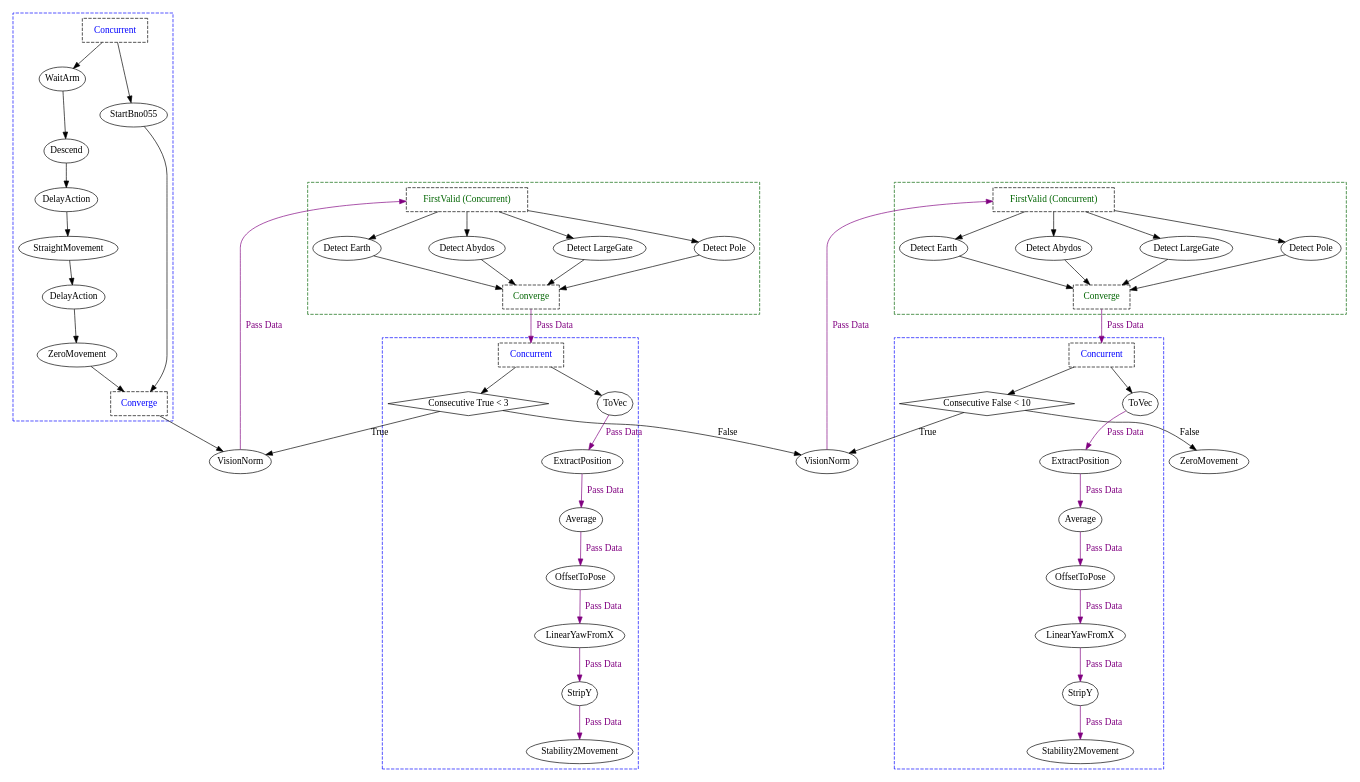
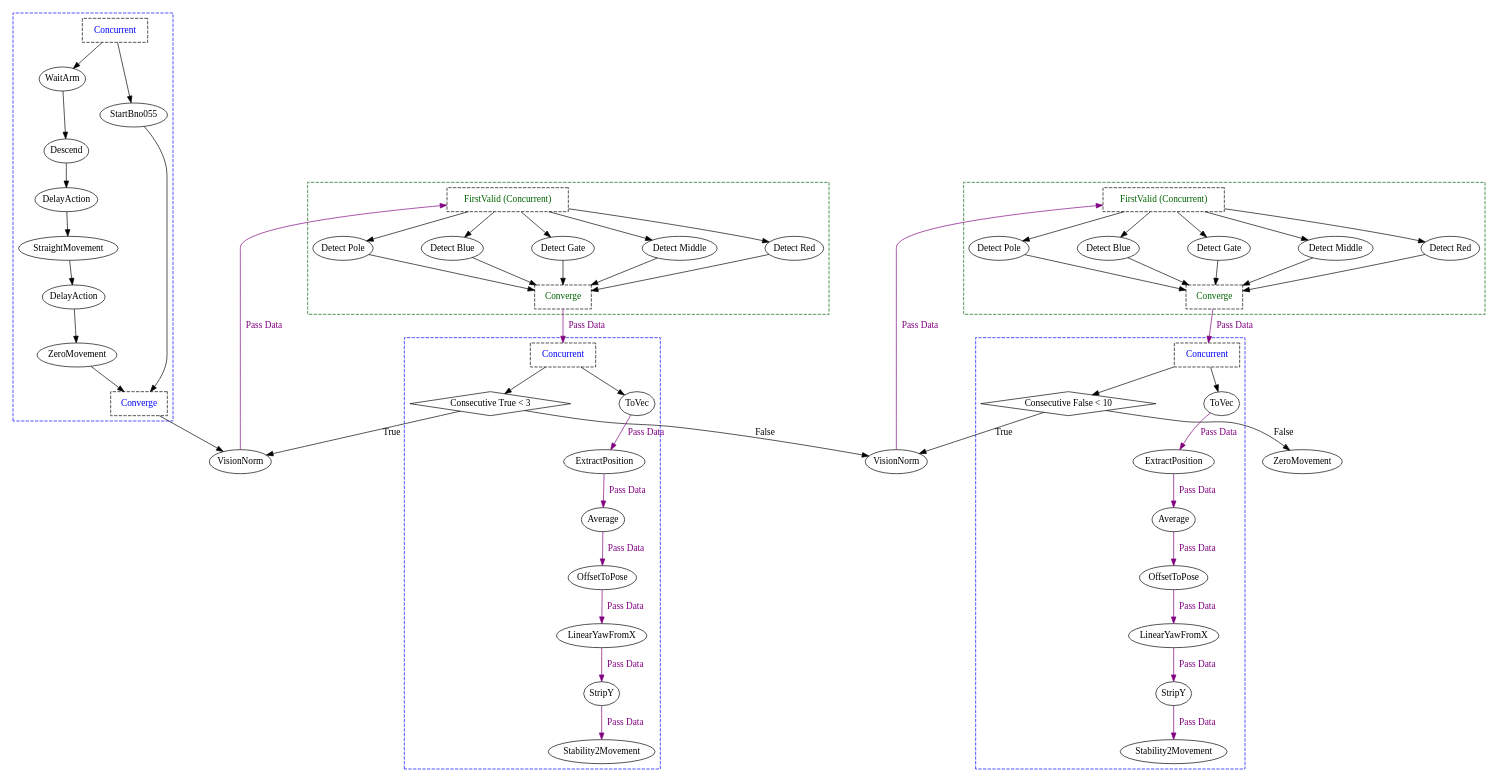
The diagram in graphs/pool_test_6_1/gate/gate_run_complex.dot (ncsurobotics/SW8S-Rust), drawn with Graphviz before and after one commit. The commit also changed 17 other files, not shown here.

```diff
--- a/graphs/pool_test_6_1/gate/gate_run_complex.dot
+++ b/graphs/pool_test_6_1/gate/gate_run_complex.dot
@@ -2,123 +2,129 @@
 	splines = true;
 	nodesep = 1.0;
 	bgcolor = "none"
-	"ecb20877-fea1-41f1-b255-a0206f104c2d" [shape = diamond];
-	"02219778-84af-43d4-b0c5-51cec7d895fd" [shape = diamond];
-	subgraph "cluster_6c734bff-30b6-4808-8f8c-3f217fba8149" {
+	"00e0309e-a14b-450b-871e-dbe6095c2f28" [shape = diamond];
+	"56c733e7-d330-4d47-bb02-bedcfd84aef6" [shape = diamond];
+	subgraph "cluster_de460e0a-6d32-490e-af50-6c1dcdf422da" {
 		style = dashed;
 		color = blue;
-		"83be3c9c-249c-4389-a13c-246af2fc2600" -> "dd8a4c55-001b-4c89-86b6-a773e4f977a5" ;
-		"3d66ab78-c882-49fd-995b-58d6d6faa499" -> "e2521b02-840d-4d39-9c46-11e429060bd4" ;
-		"e2521b02-840d-4d39-9c46-11e429060bd4" -> "c407dc74-9074-4eaa-a35a-6eb9f0ac0aea" ;
-		"dd8a4c55-001b-4c89-86b6-a773e4f977a5" -> "3d66ab78-c882-49fd-995b-58d6d6faa499" ;
-		"922f938b-f59f-4f8d-9aed-ca336b3cf550" -> "83be3c9c-249c-4389-a13c-246af2fc2600" ;
-		"558f9694-08f7-4621-81fa-a24fa799d362" -> "922f938b-f59f-4f8d-9aed-ca336b3cf550";
-		"558f9694-08f7-4621-81fa-a24fa799d362" -> "a003f160-cc3f-49ab-b7f2-f6fc89179e30";
-		"c407dc74-9074-4eaa-a35a-6eb9f0ac0aea" -> "9d679378-e828-454c-870c-ae0b50177973";
-		"a003f160-cc3f-49ab-b7f2-f6fc89179e30" -> "9d679378-e828-454c-870c-ae0b50177973";
-		"558f9694-08f7-4621-81fa-a24fa799d362" [label = "Concurrent", shape = box, fontcolor = blue, style = dashed];
-		"922f938b-f59f-4f8d-9aed-ca336b3cf550" [label = "WaitArm", margin = 0];
-		"83be3c9c-249c-4389-a13c-246af2fc2600" [label = "Descend", margin = 0];
-		"dd8a4c55-001b-4c89-86b6-a773e4f977a5" [label = "DelayAction", margin = 0];
-		"3d66ab78-c882-49fd-995b-58d6d6faa499" [label = "StraightMovement", margin = 0];
-		"e2521b02-840d-4d39-9c46-11e429060bd4" [label = "DelayAction", margin = 0];
-		"c407dc74-9074-4eaa-a35a-6eb9f0ac0aea" [label = "ZeroMovement", margin = 0];
-		"a003f160-cc3f-49ab-b7f2-f6fc89179e30" [label = "StartBno055", margin = 0];
-		"9d679378-e828-454c-870c-ae0b50177973" [label = "Converge", shape = box, fontcolor = blue, style = dashed];
+		"2d3f3ca4-e06c-47f9-88ef-c9c554de8bb1" -> "298ef316-343c-4927-a588-005d440e3b98" ;
+		"6a3176bb-3a2c-4da9-941c-f0e8218c7b66" -> "7127c915-4d00-4a49-9bc5-58e1e169703f" ;
+		"7127c915-4d00-4a49-9bc5-58e1e169703f" -> "fa543053-a6d2-44cd-b4ca-7969914c713e" ;
+		"298ef316-343c-4927-a588-005d440e3b98" -> "6a3176bb-3a2c-4da9-941c-f0e8218c7b66" ;
+		"8c85bb02-7025-435b-a1ba-928ba3c9add1" -> "2d3f3ca4-e06c-47f9-88ef-c9c554de8bb1" ;
+		"afcf8800-2fa5-46d6-8a64-125ac42536bd" -> "8c85bb02-7025-435b-a1ba-928ba3c9add1";
+		"afcf8800-2fa5-46d6-8a64-125ac42536bd" -> "736a8c4b-068a-4265-978b-281fbc4d448c";
+		"fa543053-a6d2-44cd-b4ca-7969914c713e" -> "636cc9e5-3386-4d8b-93e0-71fa5e4d06d2";
+		"736a8c4b-068a-4265-978b-281fbc4d448c" -> "636cc9e5-3386-4d8b-93e0-71fa5e4d06d2";
+		"afcf8800-2fa5-46d6-8a64-125ac42536bd" [label = "Concurrent", shape = box, fontcolor = blue, style = dashed];
+		"8c85bb02-7025-435b-a1ba-928ba3c9add1" [label = "WaitArm", margin = 0];
+		"2d3f3ca4-e06c-47f9-88ef-c9c554de8bb1" [label = "Descend", margin = 0];
+		"298ef316-343c-4927-a588-005d440e3b98" [label = "DelayAction", margin = 0];
+		"6a3176bb-3a2c-4da9-941c-f0e8218c7b66" [label = "StraightMovement", margin = 0];
+		"7127c915-4d00-4a49-9bc5-58e1e169703f" [label = "DelayAction", margin = 0];
+		"fa543053-a6d2-44cd-b4ca-7969914c713e" [label = "ZeroMovement", margin = 0];
+		"736a8c4b-068a-4265-978b-281fbc4d448c" [label = "StartBno055", margin = 0];
+		"636cc9e5-3386-4d8b-93e0-71fa5e4d06d2" [label = "Converge", shape = box, fontcolor = blue, style = dashed];
 	}
 	
-	subgraph "cluster_76653de9-90b3-41dd-a6ad-9c5a4be588c7" {
+	subgraph "cluster_6e358a22-3cac-404e-b9fa-7e7b762116fc" {
 		style = dashed;
 		color = darkgreen;
-		"4b977219-c467-4e77-b15f-f44ffc8c702c" -> "1c2d617e-7dc5-4274-afad-36378ab09327";
-		"4b977219-c467-4e77-b15f-f44ffc8c702c" -> "53a876ab-312b-472b-b936-ecec7605fe15";
-		"4b977219-c467-4e77-b15f-f44ffc8c702c" -> "39055ae5-1b51-4d7e-8679-67aae66e28b8";
-		"4b977219-c467-4e77-b15f-f44ffc8c702c" -> "633e48f6-a14d-49f9-bc6a-3206b3bacddf";
-		"1c2d617e-7dc5-4274-afad-36378ab09327" -> "b2797bfe-f077-4a9e-ac11-3dbc5187a935";
-		"53a876ab-312b-472b-b936-ecec7605fe15" -> "b2797bfe-f077-4a9e-ac11-3dbc5187a935";
-		"39055ae5-1b51-4d7e-8679-67aae66e28b8" -> "b2797bfe-f077-4a9e-ac11-3dbc5187a935";
-		"633e48f6-a14d-49f9-bc6a-3206b3bacddf" -> "b2797bfe-f077-4a9e-ac11-3dbc5187a935";
-		"4b977219-c467-4e77-b15f-f44ffc8c702c" [label = "FirstValid (Concurrent)", shape = box, fontcolor = darkgreen, style = dashed];
-		"1c2d617e-7dc5-4274-afad-36378ab09327" [label = "Detect Earth", margin = 0];
-		"53a876ab-312b-472b-b936-ecec7605fe15" [label = "Detect Abydos", margin = 0];
-		"39055ae5-1b51-4d7e-8679-67aae66e28b8" [label = "Detect LargeGate", margin = 0];
-		"633e48f6-a14d-49f9-bc6a-3206b3bacddf" [label = "Detect Pole", margin = 0];
-		"b2797bfe-f077-4a9e-ac11-3dbc5187a935" [label = "Converge", shape = box, fontcolor = darkgreen, style = dashed];
+		"f212fbac-3f8f-4fb1-9e61-901a7e352779" -> "9a347466-ec34-4e3c-a66e-9290c2495110";
+		"f212fbac-3f8f-4fb1-9e61-901a7e352779" -> "7c2f1cb7-224b-40d0-a5db-5a7cfa2a6988";
+		"f212fbac-3f8f-4fb1-9e61-901a7e352779" -> "096f2905-fe1f-4af5-8ab5-8843db422be0";
+		"f212fbac-3f8f-4fb1-9e61-901a7e352779" -> "925b5b17-27b1-44ab-918e-a4dc0e2a4f06";
+		"f212fbac-3f8f-4fb1-9e61-901a7e352779" -> "aeb4a24a-f3a8-4b84-b168-178abc5dd9a1";
+		"9a347466-ec34-4e3c-a66e-9290c2495110" -> "2dc7ea99-a38a-4909-af25-c216dd3e9237";
+		"7c2f1cb7-224b-40d0-a5db-5a7cfa2a6988" -> "2dc7ea99-a38a-4909-af25-c216dd3e9237";
+		"096f2905-fe1f-4af5-8ab5-8843db422be0" -> "2dc7ea99-a38a-4909-af25-c216dd3e9237";
+		"925b5b17-27b1-44ab-918e-a4dc0e2a4f06" -> "2dc7ea99-a38a-4909-af25-c216dd3e9237";
+		"aeb4a24a-f3a8-4b84-b168-178abc5dd9a1" -> "2dc7ea99-a38a-4909-af25-c216dd3e9237";
+		"f212fbac-3f8f-4fb1-9e61-901a7e352779" [label = "FirstValid (Concurrent)", shape = box, fontcolor = darkgreen, style = dashed];
+		"9a347466-ec34-4e3c-a66e-9290c2495110" [label = "Detect Red", margin = 0];
+		"7c2f1cb7-224b-40d0-a5db-5a7cfa2a6988" [label = "Detect Pole", margin = 0];
+		"096f2905-fe1f-4af5-8ab5-8843db422be0" [label = "Detect Blue", margin = 0];
+		"925b5b17-27b1-44ab-918e-a4dc0e2a4f06" [label = "Detect Gate", margin = 0];
+		"aeb4a24a-f3a8-4b84-b168-178abc5dd9a1" [label = "Detect Middle", margin = 0];
+		"2dc7ea99-a38a-4909-af25-c216dd3e9237" [label = "Converge", shape = box, fontcolor = darkgreen, style = dashed];
 	}
 	
-	subgraph "cluster_34006587-7786-40aa-b3f0-daee909f3e02" {
+	subgraph "cluster_9753cf58-4d68-4ddf-8128-9b51dd1bf7c1" {
 		style = dashed;
 		color = blue;
-		"1552b646-04b0-4c65-beb5-98cadeea7b3f" -> "fe13f6bb-2500-4012-8163-216f53023d9b" [color = purple, fontcolor = purple, label = "Pass Data"];
-		"3088f5ea-188e-4d83-a8af-481bffc2014f" -> "1552b646-04b0-4c65-beb5-98cadeea7b3f" [color = purple, fontcolor = purple, label = "Pass Data"];
-		"ac03ce06-0800-4da4-b917-a34405018013" -> "3088f5ea-188e-4d83-a8af-481bffc2014f" [color = purple, fontcolor = purple, label = "Pass Data"];
-		"9c84cf28-822c-4ac3-9ec1-4d476081e770" -> "ac03ce06-0800-4da4-b917-a34405018013" [color = purple, fontcolor = purple, label = "Pass Data"];
-		"e76b338b-abef-4985-9710-b76a7da512d0" -> "9c84cf28-822c-4ac3-9ec1-4d476081e770" [color = purple, fontcolor = purple, label = "Pass Data"];
-		"f734aae5-371e-4f9b-a237-5ce93f25c364" -> "e76b338b-abef-4985-9710-b76a7da512d0" [color = purple, fontcolor = purple, label = "Pass Data"];
-		"19800b8c-147c-4644-99a2-2913d0cf857a" -> "f734aae5-371e-4f9b-a237-5ce93f25c364";
-		"19800b8c-147c-4644-99a2-2913d0cf857a" -> "ecb20877-fea1-41f1-b255-a0206f104c2d";
-		"19800b8c-147c-4644-99a2-2913d0cf857a" [label = "Concurrent", shape = box, fontcolor = blue, style = dashed];
-		"f734aae5-371e-4f9b-a237-5ce93f25c364" [label = "ToVec", margin = 0];
-		"e76b338b-abef-4985-9710-b76a7da512d0" [label = "ExtractPosition", margin = 0];
-		"9c84cf28-822c-4ac3-9ec1-4d476081e770" [label = "Average", margin = 0];
-		"ac03ce06-0800-4da4-b917-a34405018013" [label = "OffsetToPose", margin = 0];
-		"3088f5ea-188e-4d83-a8af-481bffc2014f" [label = "LinearYawFromX", margin = 0];
-		"1552b646-04b0-4c65-beb5-98cadeea7b3f" [label = "StripY", margin = 0];
-		"fe13f6bb-2500-4012-8163-216f53023d9b" [label = "Stability2Movement", margin = 0];
-		"ecb20877-fea1-41f1-b255-a0206f104c2d" [label = "Consecutive True < 3", margin = 0];
+		"8177d390-ca49-4be1-9555-bd803498fd2b" -> "57f31353-ce12-4ac4-b8a9-6449297a10c7" [color = purple, fontcolor = purple, label = "Pass Data"];
+		"7c45450b-6eb4-46c9-af94-23c68418175f" -> "8177d390-ca49-4be1-9555-bd803498fd2b" [color = purple, fontcolor = purple, label = "Pass Data"];
+		"8b8323a3-b3e1-49d9-9228-d283ef159b6f" -> "7c45450b-6eb4-46c9-af94-23c68418175f" [color = purple, fontcolor = purple, label = "Pass Data"];
+		"dd1cde1a-2fb7-40aa-946e-d9068d287c4a" -> "8b8323a3-b3e1-49d9-9228-d283ef159b6f" [color = purple, fontcolor = purple, label = "Pass Data"];
+		"9ba9611a-48cd-4f2b-81dc-bf84a52152cd" -> "dd1cde1a-2fb7-40aa-946e-d9068d287c4a" [color = purple, fontcolor = purple, label = "Pass Data"];
+		"bac47f50-d416-454b-9a08-a78c70835c00" -> "9ba9611a-48cd-4f2b-81dc-bf84a52152cd" [color = purple, fontcolor = purple, label = "Pass Data"];
+		"a1605043-cd1b-45d0-bf26-8b0d2cf00487" -> "bac47f50-d416-454b-9a08-a78c70835c00";
+		"a1605043-cd1b-45d0-bf26-8b0d2cf00487" -> "00e0309e-a14b-450b-871e-dbe6095c2f28";
+		"a1605043-cd1b-45d0-bf26-8b0d2cf00487" [label = "Concurrent", shape = box, fontcolor = blue, style = dashed];
+		"bac47f50-d416-454b-9a08-a78c70835c00" [label = "ToVec", margin = 0];
+		"9ba9611a-48cd-4f2b-81dc-bf84a52152cd" [label = "ExtractPosition", margin = 0];
+		"dd1cde1a-2fb7-40aa-946e-d9068d287c4a" [label = "Average", margin = 0];
+		"8b8323a3-b3e1-49d9-9228-d283ef159b6f" [label = "OffsetToPose", margin = 0];
+		"7c45450b-6eb4-46c9-af94-23c68418175f" [label = "LinearYawFromX", margin = 0];
+		"8177d390-ca49-4be1-9555-bd803498fd2b" [label = "StripY", margin = 0];
+		"57f31353-ce12-4ac4-b8a9-6449297a10c7" [label = "Stability2Movement", margin = 0];
+		"00e0309e-a14b-450b-871e-dbe6095c2f28" [label = "Consecutive True < 3", margin = 0];
 	}
 	
-	subgraph "cluster_7286c3a2-91c4-4897-ac29-0a9eaabe8cf3" {
+	subgraph "cluster_b113d7ec-7219-4ea9-9078-1099f4079ee7" {
 		style = dashed;
 		color = darkgreen;
-		"62c9512d-aedf-4a68-96f2-7b2741d0ea49" -> "082e4384-edf4-42a1-94b0-735ae59d49c0";
-		"62c9512d-aedf-4a68-96f2-7b2741d0ea49" -> "3ef302f5-98fa-44ff-8ea5-48be93f52928";
-		"62c9512d-aedf-4a68-96f2-7b2741d0ea49" -> "dcf46712-f3a0-497d-93d4-cafcf3805bdd";
-		"62c9512d-aedf-4a68-96f2-7b2741d0ea49" -> "30576d1b-43fd-4496-ae4a-9082687c27f2";
-		"082e4384-edf4-42a1-94b0-735ae59d49c0" -> "496a6cf1-5620-4cbe-8de3-6b1c014eed0f";
-		"3ef302f5-98fa-44ff-8ea5-48be93f52928" -> "496a6cf1-5620-4cbe-8de3-6b1c014eed0f";
-		"dcf46712-f3a0-497d-93d4-cafcf3805bdd" -> "496a6cf1-5620-4cbe-8de3-6b1c014eed0f";
-		"30576d1b-43fd-4496-ae4a-9082687c27f2" -> "496a6cf1-5620-4cbe-8de3-6b1c014eed0f";
-		"62c9512d-aedf-4a68-96f2-7b2741d0ea49" [label = "FirstValid (Concurrent)", shape = box, fontcolor = darkgreen, style = dashed];
-		"082e4384-edf4-42a1-94b0-735ae59d49c0" [label = "Detect Earth", margin = 0];
-		"3ef302f5-98fa-44ff-8ea5-48be93f52928" [label = "Detect Abydos", margin = 0];
-		"dcf46712-f3a0-497d-93d4-cafcf3805bdd" [label = "Detect LargeGate", margin = 0];
-		"30576d1b-43fd-4496-ae4a-9082687c27f2" [label = "Detect Pole", margin = 0];
-		"496a6cf1-5620-4cbe-8de3-6b1c014eed0f" [label = "Converge", shape = box, fontcolor = darkgreen, style = dashed];
+		"b7cee5df-41e0-43b8-9158-101f2c9de46c" -> "e94302e8-9880-451d-9323-9752af2ac432";
+		"b7cee5df-41e0-43b8-9158-101f2c9de46c" -> "818a21fc-f078-4fb7-9dec-925294f1f8b5";
+		"b7cee5df-41e0-43b8-9158-101f2c9de46c" -> "e422a5e9-930e-473e-80e5-b0b671727bd6";
+		"b7cee5df-41e0-43b8-9158-101f2c9de46c" -> "40fdcef7-6e45-40a9-9ba8-9fb75ea5c775";
+		"b7cee5df-41e0-43b8-9158-101f2c9de46c" -> "b3e789bb-8c7c-4b8a-b849-344dc855e1b1";
+		"e94302e8-9880-451d-9323-9752af2ac432" -> "f69a4729-cd0f-43ab-8e4d-16bef1a32efe";
+		"818a21fc-f078-4fb7-9dec-925294f1f8b5" -> "f69a4729-cd0f-43ab-8e4d-16bef1a32efe";
+		"e422a5e9-930e-473e-80e5-b0b671727bd6" -> "f69a4729-cd0f-43ab-8e4d-16bef1a32efe";
+		"40fdcef7-6e45-40a9-9ba8-9fb75ea5c775" -> "f69a4729-cd0f-43ab-8e4d-16bef1a32efe";
+		"b3e789bb-8c7c-4b8a-b849-344dc855e1b1" -> "f69a4729-cd0f-43ab-8e4d-16bef1a32efe";
+		"b7cee5df-41e0-43b8-9158-101f2c9de46c" [label = "FirstValid (Concurrent)", shape = box, fontcolor = darkgreen, style = dashed];
+		"e94302e8-9880-451d-9323-9752af2ac432" [label = "Detect Red", margin = 0];
+		"818a21fc-f078-4fb7-9dec-925294f1f8b5" [label = "Detect Pole", margin = 0];
+		"e422a5e9-930e-473e-80e5-b0b671727bd6" [label = "Detect Blue", margin = 0];
+		"40fdcef7-6e45-40a9-9ba8-9fb75ea5c775" [label = "Detect Gate", margin = 0];
+		"b3e789bb-8c7c-4b8a-b849-344dc855e1b1" [label = "Detect Middle", margin = 0];
+		"f69a4729-cd0f-43ab-8e4d-16bef1a32efe" [label = "Converge", shape = box, fontcolor = darkgreen, style = dashed];
 	}
 	
-	subgraph "cluster_b2918eb5-51f0-41a7-aea6-27bd6e5103a2" {
+	subgraph "cluster_d717627f-6fba-41cd-942d-4203cbdeadf8" {
 		style = dashed;
 		color = blue;
-		"9c160566-e840-4678-8e41-cf1f62ef0217" -> "761227de-5c96-4883-bd25-49d314f2a26c" [color = purple, fontcolor = purple, label = "Pass Data"];
-		"0a0c1f0c-6b51-4572-85b0-9caa94de0d24" -> "9c160566-e840-4678-8e41-cf1f62ef0217" [color = purple, fontcolor = purple, label = "Pass Data"];
-		"d925634c-b687-408f-8d24-e197ea45e9ac" -> "0a0c1f0c-6b51-4572-85b0-9caa94de0d24" [color = purple, fontcolor = purple, label = "Pass Data"];
-		"3700cb37-0294-4979-9751-ee062fda1cb0" -> "d925634c-b687-408f-8d24-e197ea45e9ac" [color = purple, fontcolor = purple, label = "Pass Data"];
-		"a972e1da-fef0-444f-bd22-2418704a423c" -> "3700cb37-0294-4979-9751-ee062fda1cb0" [color = purple, fontcolor = purple, label = "Pass Data"];
-		"e4b90251-5275-4221-b825-13d49990d882" -> "a972e1da-fef0-444f-bd22-2418704a423c" [color = purple, fontcolor = purple, label = "Pass Data"];
-		"9f39fd46-9036-47ed-9538-7cabf21583a1" -> "e4b90251-5275-4221-b825-13d49990d882";
-		"9f39fd46-9036-47ed-9538-7cabf21583a1" -> "02219778-84af-43d4-b0c5-51cec7d895fd";
-		"9f39fd46-9036-47ed-9538-7cabf21583a1" [label = "Concurrent", shape = box, fontcolor = blue, style = dashed];
-		"e4b90251-5275-4221-b825-13d49990d882" [label = "ToVec", margin = 0];
-		"a972e1da-fef0-444f-bd22-2418704a423c" [label = "ExtractPosition", margin = 0];
-		"3700cb37-0294-4979-9751-ee062fda1cb0" [label = "Average", margin = 0];
-		"d925634c-b687-408f-8d24-e197ea45e9ac" [label = "OffsetToPose", margin = 0];
-		"0a0c1f0c-6b51-4572-85b0-9caa94de0d24" [label = "LinearYawFromX", margin = 0];
-		"9c160566-e840-4678-8e41-cf1f62ef0217" [label = "StripY", margin = 0];
-		"761227de-5c96-4883-bd25-49d314f2a26c" [label = "Stability2Movement", margin = 0];
-		"02219778-84af-43d4-b0c5-51cec7d895fd" [label = "Consecutive False < 10", margin = 0];
+		"120cd527-20fb-4388-aad7-9fda08a1a0e4" -> "d9bdaee3-c639-4a3b-a261-317d9a724f4b" [color = purple, fontcolor = purple, label = "Pass Data"];
+		"48b905c8-d491-44d2-bd7b-2a347b040011" -> "120cd527-20fb-4388-aad7-9fda08a1a0e4" [color = purple, fontcolor = purple, label = "Pass Data"];
+		"be2b21b3-de58-49be-bdec-cc9e9b6b824d" -> "48b905c8-d491-44d2-bd7b-2a347b040011" [color = purple, fontcolor = purple, label = "Pass Data"];
+		"af72ae8f-6c8c-47b8-b4f3-8d94a0ac6c74" -> "be2b21b3-de58-49be-bdec-cc9e9b6b824d" [color = purple, fontcolor = purple, label = "Pass Data"];
+		"7a25283c-c873-4ceb-9a81-3f764f5512e3" -> "af72ae8f-6c8c-47b8-b4f3-8d94a0ac6c74" [color = purple, fontcolor = purple, label = "Pass Data"];
+		"ae019bf6-b83a-4f92-98d6-44fc994d30d4" -> "7a25283c-c873-4ceb-9a81-3f764f5512e3" [color = purple, fontcolor = purple, label = "Pass Data"];
+		"4cc1be67-6bad-42e8-bed4-78489d145117" -> "ae019bf6-b83a-4f92-98d6-44fc994d30d4";
+		"4cc1be67-6bad-42e8-bed4-78489d145117" -> "56c733e7-d330-4d47-bb02-bedcfd84aef6";
+		"4cc1be67-6bad-42e8-bed4-78489d145117" [label = "Concurrent", shape = box, fontcolor = blue, style = dashed];
+		"ae019bf6-b83a-4f92-98d6-44fc994d30d4" [label = "ToVec", margin = 0];
+		"7a25283c-c873-4ceb-9a81-3f764f5512e3" [label = "ExtractPosition", margin = 0];
+		"af72ae8f-6c8c-47b8-b4f3-8d94a0ac6c74" [label = "Average", margin = 0];
+		"be2b21b3-de58-49be-bdec-cc9e9b6b824d" [label = "OffsetToPose", margin = 0];
+		"48b905c8-d491-44d2-bd7b-2a347b040011" [label = "LinearYawFromX", margin = 0];
+		"120cd527-20fb-4388-aad7-9fda08a1a0e4" [label = "StripY", margin = 0];
+		"d9bdaee3-c639-4a3b-a261-317d9a724f4b" [label = "Stability2Movement", margin = 0];
+		"56c733e7-d330-4d47-bb02-bedcfd84aef6" [label = "Consecutive False < 10", margin = 0];
 	}
 	
-	"b2797bfe-f077-4a9e-ac11-3dbc5187a935" -> "19800b8c-147c-4644-99a2-2913d0cf857a" [color = purple, fontcolor = purple, label = "Pass Data"];
-	"ba1f6ee8-1175-4219-aade-c42bf398fa39" -> "4b977219-c467-4e77-b15f-f44ffc8c702c" [color = purple, fontcolor = purple, label = "Pass Data"];
-	"ecb20877-fea1-41f1-b255-a0206f104c2d" -> "ba1f6ee8-1175-4219-aade-c42bf398fa39" [label = "True"];
-	"496a6cf1-5620-4cbe-8de3-6b1c014eed0f" -> "9f39fd46-9036-47ed-9538-7cabf21583a1" [color = purple, fontcolor = purple, label = "Pass Data"];
-	"b611dbd3-81ff-4659-94a5-2ddef8865a9f" -> "62c9512d-aedf-4a68-96f2-7b2741d0ea49" [color = purple, fontcolor = purple, label = "Pass Data"];
-	"02219778-84af-43d4-b0c5-51cec7d895fd" -> "b611dbd3-81ff-4659-94a5-2ddef8865a9f" [label = "True"];
-	"02219778-84af-43d4-b0c5-51cec7d895fd" -> "1f32ad03-2548-43bc-9cc3-f67d2e7b8604" [label = "False"];
-	"ecb20877-fea1-41f1-b255-a0206f104c2d" -> "b611dbd3-81ff-4659-94a5-2ddef8865a9f" [label = "False"];
-	"9d679378-e828-454c-870c-ae0b50177973" -> "ba1f6ee8-1175-4219-aade-c42bf398fa39" ;
-	"ba1f6ee8-1175-4219-aade-c42bf398fa39" [label = "VisionNorm", margin = 0];
-	"b611dbd3-81ff-4659-94a5-2ddef8865a9f" [label = "VisionNorm", margin = 0];
-	"1f32ad03-2548-43bc-9cc3-f67d2e7b8604" [label = "ZeroMovement", margin = 0];
+	"2dc7ea99-a38a-4909-af25-c216dd3e9237" -> "a1605043-cd1b-45d0-bf26-8b0d2cf00487" [color = purple, fontcolor = purple, label = "Pass Data"];
+	"1e7836ec-3ffd-4d6e-8fa1-62682071183c" -> "f212fbac-3f8f-4fb1-9e61-901a7e352779" [color = purple, fontcolor = purple, label = "Pass Data"];
+	"00e0309e-a14b-450b-871e-dbe6095c2f28" -> "1e7836ec-3ffd-4d6e-8fa1-62682071183c" [label = "True"];
+	"f69a4729-cd0f-43ab-8e4d-16bef1a32efe" -> "4cc1be67-6bad-42e8-bed4-78489d145117" [color = purple, fontcolor = purple, label = "Pass Data"];
+	"0f01eb46-13dd-4f06-b831-289e140b95e3" -> "b7cee5df-41e0-43b8-9158-101f2c9de46c" [color = purple, fontcolor = purple, label = "Pass Data"];
+	"56c733e7-d330-4d47-bb02-bedcfd84aef6" -> "0f01eb46-13dd-4f06-b831-289e140b95e3" [label = "True"];
+	"56c733e7-d330-4d47-bb02-bedcfd84aef6" -> "aff922f8-0c79-440b-8753-0fd212fed6a7" [label = "False"];
+	"00e0309e-a14b-450b-871e-dbe6095c2f28" -> "0f01eb46-13dd-4f06-b831-289e140b95e3" [label = "False"];
+	"636cc9e5-3386-4d8b-93e0-71fa5e4d06d2" -> "1e7836ec-3ffd-4d6e-8fa1-62682071183c" ;
+	"1e7836ec-3ffd-4d6e-8fa1-62682071183c" [label = "VisionNorm", margin = 0];
+	"0f01eb46-13dd-4f06-b831-289e140b95e3" [label = "VisionNorm", margin = 0];
+	"aff922f8-0c79-440b-8753-0fd212fed6a7" [label = "ZeroMovement", margin = 0];
 }
```
